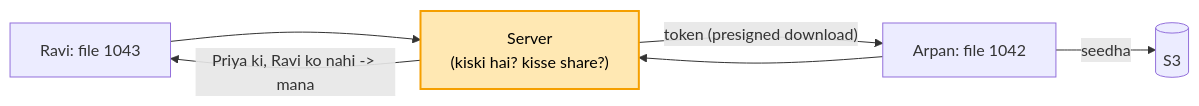
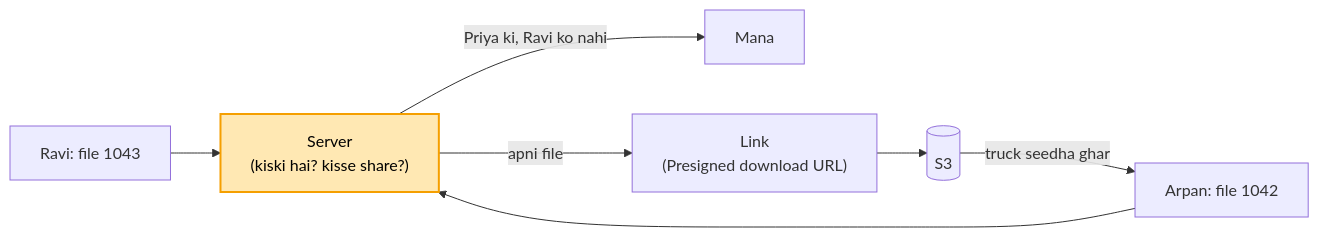
The sixth of 8 diagrams in 04_HLD/SYSTEM_DESIGNS/07_file_upload_validate_system/07_file_upload.md (ArpanMaheshwari144/Prep), drawn with Mermaid before and after one commit. The commit also changed other lines of this file and 17 other files, not shown here.

Commit message:
HLD: 17 main files hand notes se milaye (har block alag section, kahani + asli naam, mermaid), technical naam bhi rakhe

````diff
--- a/04_HLD/SYSTEM_DESIGNS/07_file_upload_validate_system/07_file_upload.md
+++ b/04_HLD/SYSTEM_DESIGNS/07_file_upload_validate_system/07_file_upload.md
@@ -144,9 +154,10 @@
 ```mermaid
 flowchart LR
     R["Ravi: file 1043"] --> U["Server<br/>(kiski hai? kisse share?)"]
-    U -- "Priya ki, Ravi ko nahi -> mana" --> R
+    U -- "Priya ki, Ravi ko nahi" --> X["Mana"]
     A["Arpan: file 1042"] --> U
-    U -- "token (presigned download)" --> A
-    A -- "seedha" --> S3[("S3")]
+    U -- "apni file" --> T["Link<br/>(Presigned download URL)"]
+    T --> S3[("S3")]
+    S3 -- "truck seedha ghar" --> A
     style U fill:#ffe8b3,stroke:#f59f00,stroke-width:2px,color:#000
 ```
````
